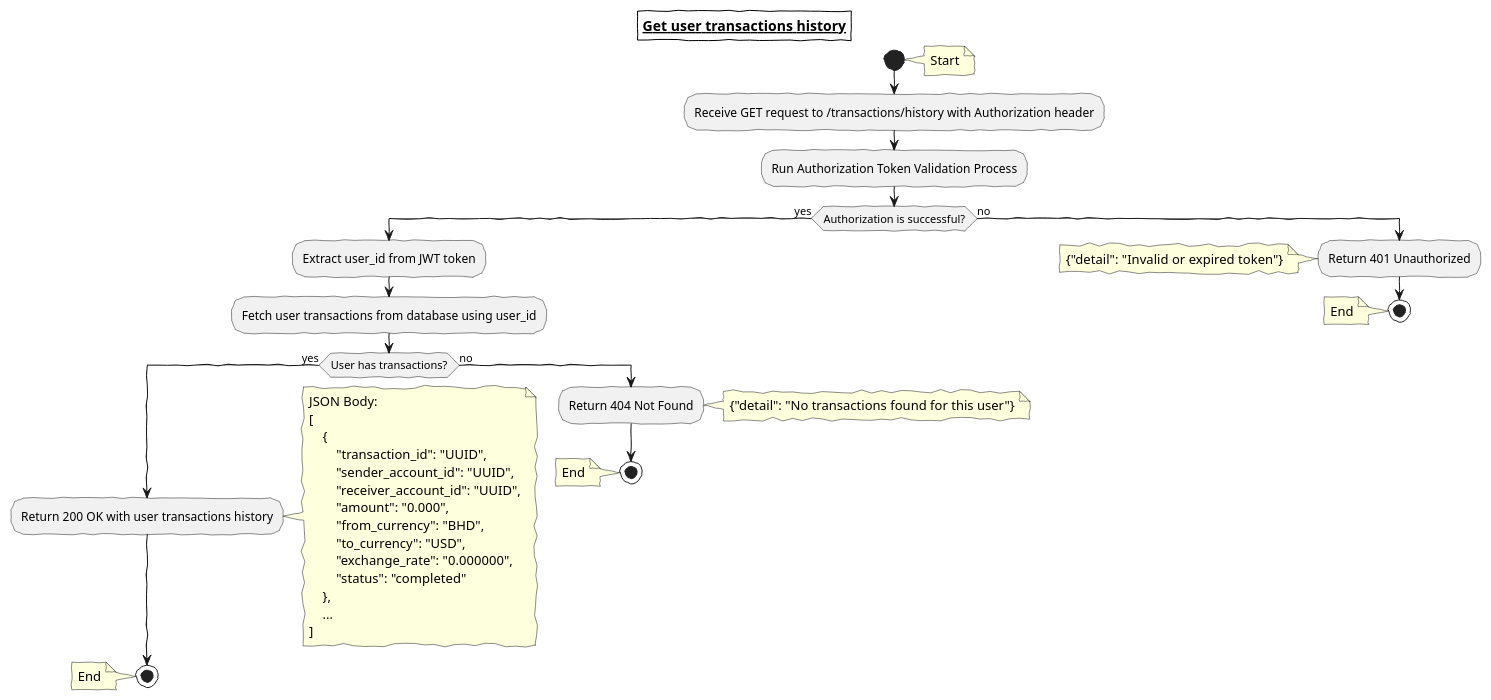
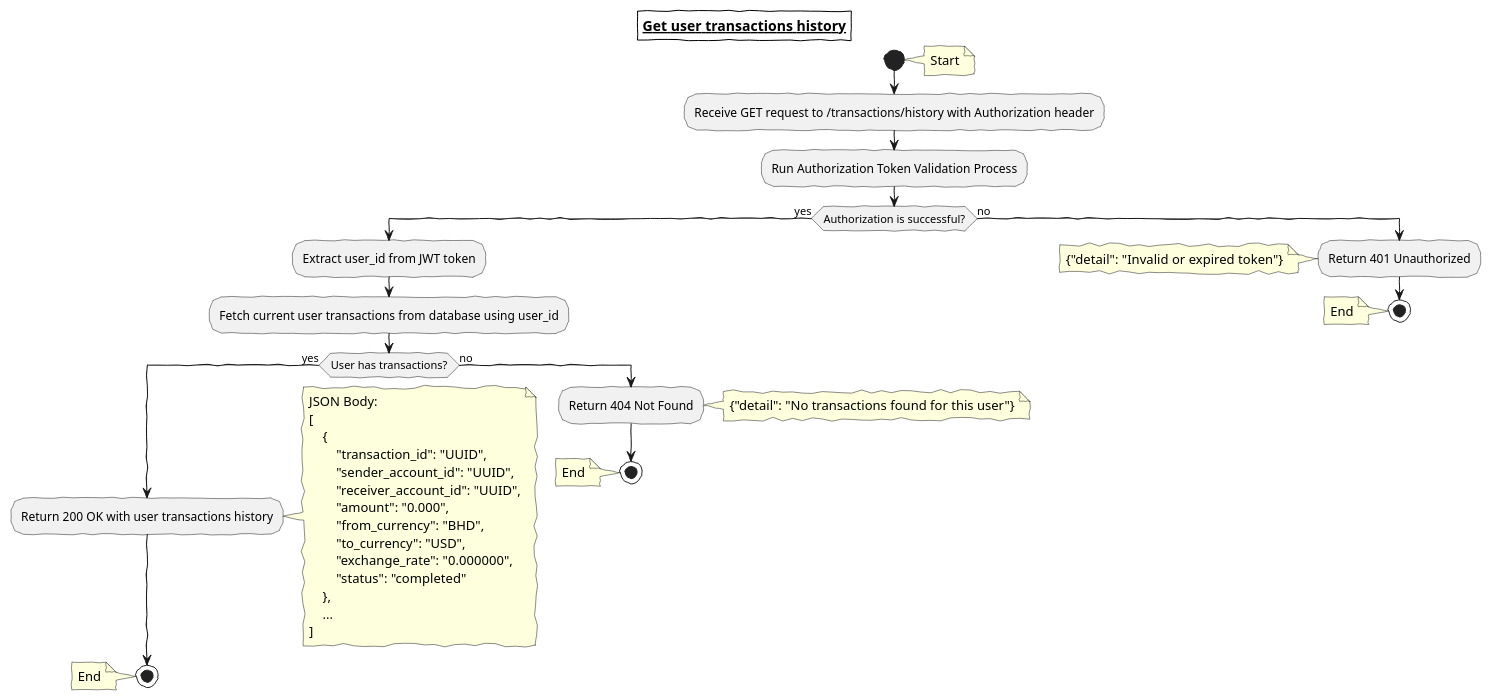
The diagram in docs/diagrams/src/routes/view_all_user_tranasactions.wsd (bhalshaker/fastapi-peer2peer-payments), drawn with PlantUML before and after one commit. The commit also changed 19 other files, not shown here.

Commit message:
Change diagrams from png to svg

```diff
--- a/docs/diagrams/src/routes/view_all_user_tranasactions.wsd
+++ b/docs/diagrams/src/routes/view_all_user_tranasactions.wsd
@@ -1,48 +1,48 @@
 @startuml Get User Transactions History
 skinparam handwritten true
 skinparam titleBorder 1
 skinparam titleBorderColor black
 title **<u>Get user transactions history</u>**
 
 start
 note right: Start
 :Receive GET request to /transactions/history with Authorization header;
 
 :Run Authorization Token Validation Process;
 if (Authorization is successful?) then (yes)
     :Extract user_id from JWT token;
-    :Fetch user transactions from database using user_id;
+    :Fetch current user transactions from database using user_id;
 
     if (User has transactions?) then (yes)
         :Return 200 OK with user transactions history;
         note right
             JSON Body:
             [
                 {
                     "transaction_id": "UUID",
                     "sender_account_id": "UUID",
                     "receiver_account_id": "UUID",
                     "amount": "0.000",
                     "from_currency": "BHD",
                     "to_currency": "USD",
                     "exchange_rate": "0.000000",
                     "status": "completed"
                 },
                 ...
             ]
         end note
         stop
         note left: End
     else (no)
         :Return 404 Not Found;
         note right: {"detail": "No transactions found for this user"}
         stop
         note left: End
     endif
 else (no)
     :Return 401 Unauthorized;
     note left: {"detail": "Invalid or expired token"}
     stop
     note left: End
 endif
 @enduml
```
